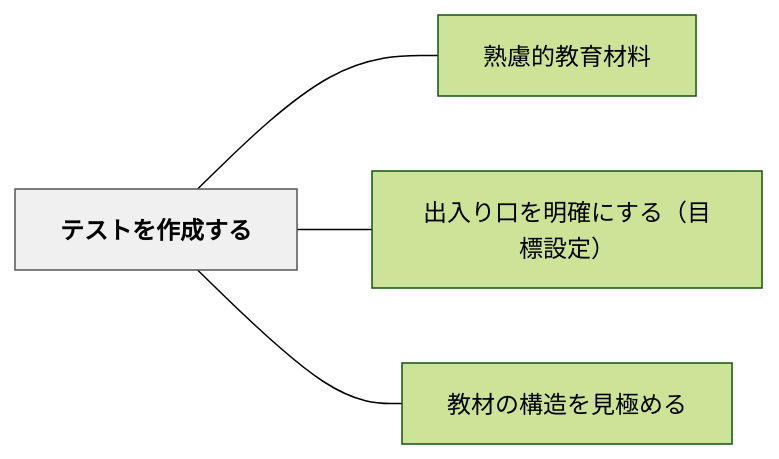
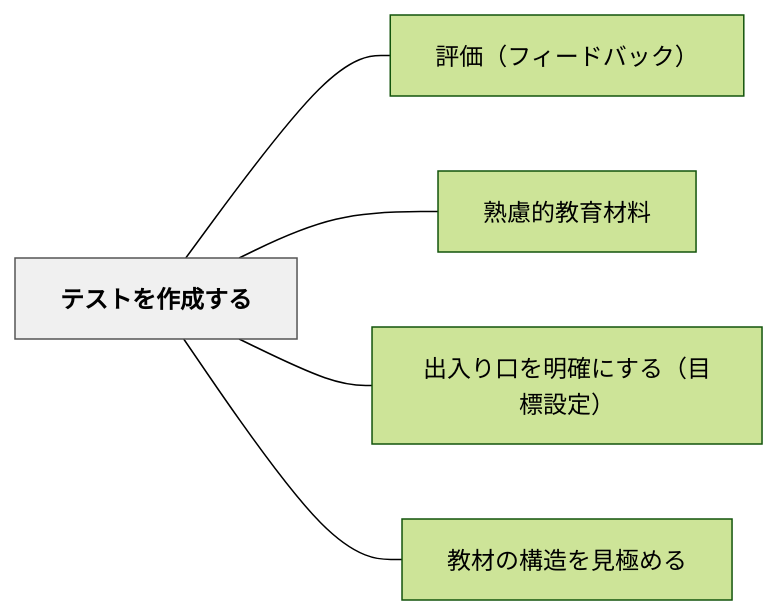
Before and after one commit to unknownthings-ed-patterns/unknownthings-ed-patterns: the diagram in content/パタン/テストを作成する.md, drawn with Mermaid (forest theme). The commit also changed other lines of this file and 473 other files, not shown here.

````diff
--- a/content/パタン/テストを作成する.md
+++ b/content/パタン/テストを作成する.md
@@ -44,14 +45,16 @@
 ```mermaid
 flowchart LR
     ne38386e382b9["テストを作成する"]
+    ne8a995e4bea1["評価（フィードバック）"]
     ne7869fe685ae["熟慮的教育材料"]
     ne587bae585a5["出入り口を明確にする（目標設定）"]
     ne69599e69d90["教材の構造を見極める"]
 
+    ne38386e382b9 --- ne8a995e4bea1
     ne38386e382b9 --- ne7869fe685ae
     ne38386e382b9 --- ne587bae585a5
     ne38386e382b9 --- ne69599e69d90
 
     classDef hub fill:#f0f0f0,stroke:#555,color:#000,font-weight:bold
     class ne38386e382b9 hub
 ```
````
